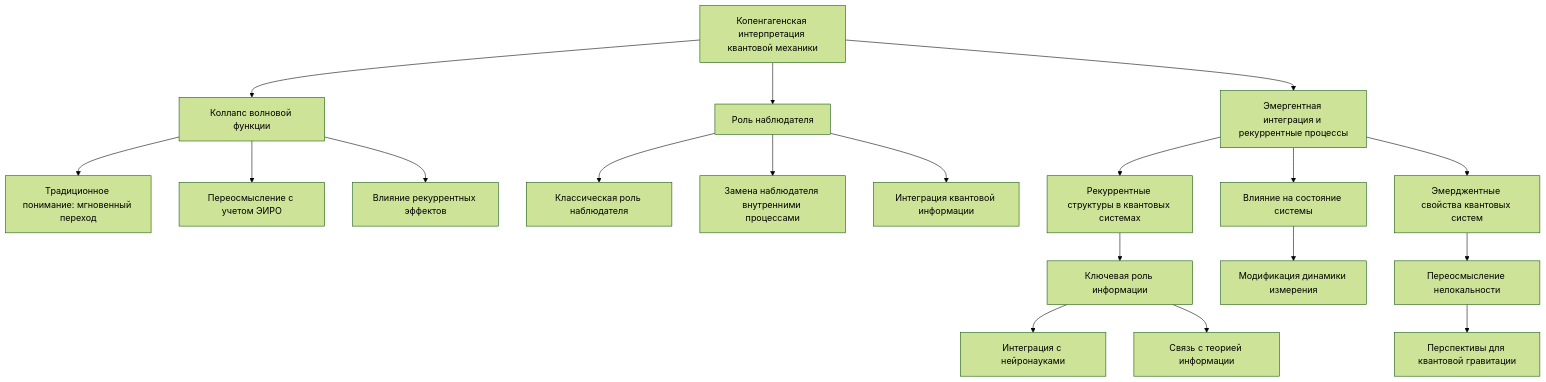
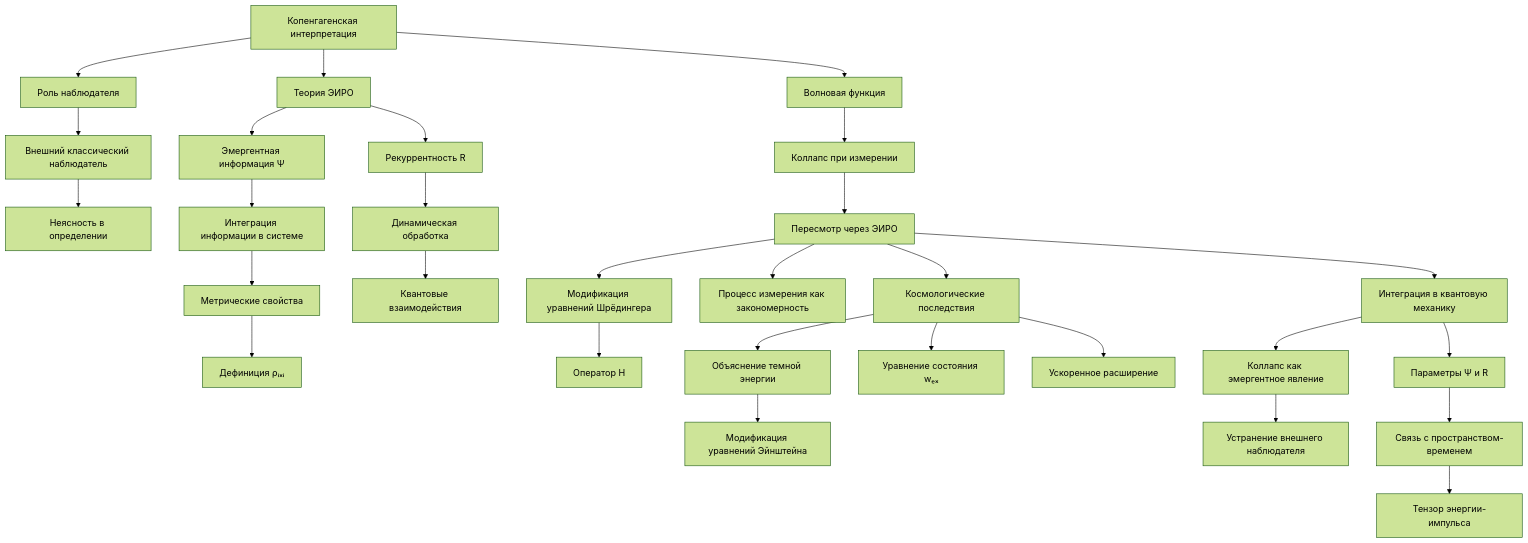
One commit to commeta/consciousness changed the diagram in The-Copenhagen-Interpretation-of-Quantum-Mechanics.md. Above: the diagram before and after it, drawn with Mermaid (forest theme). The commit also changed other lines of this file, not shown here.

````diff
--- a/The-Copenhagen-Interpretation-of-Quantum-Mechanics.md
+++ b/The-Copenhagen-Interpretation-of-Quantum-Mechanics.md
@@ -4,27 +3,36 @@
 ```mermaid
 graph TD
-    A[Копенгагенская интерпретация квантовой механики]
-    A --> B[Коллапс волновой функции]
-    A --> C[Роль наблюдателя]
-    A --> D[Эмергентная интеграция и рекуррентные процессы]
+    A[Копенгагенская интерпретация] --> B[Волновая функция]
+    B --> C[Коллапс при измерении]
+    A --> D[Роль наблюдателя]
+    D --> E[Внешний классический наблюдатель]
+    E --> F[Неясность в определении]
 
-    B --> B1[Традиционное понимание: мгновенный переход]
-    B --> B2[Переосмысление с учетом ЭИРО]
-    B --> B3[Влияние рекуррентных эффектов]
+    A --> G[Теория ЭИРО]
+    G --> H[Эмергентная информация Ψ]
+    G --> I[Рекуррентность R]
+    H --> J[Интеграция информации в системе]
+    I --> K[Динамическая обработка]
+    J --> L[Метрические свойства]
+    L --> M[Дефиниция ρᵢₓᵢ]
+    K --> N[Квантовые взаимодействия]
 
-    C --> C1[Классическая роль наблюдателя]
-    C --> C2[Замена наблюдателя внутренними процессами]
-    C --> C3[Интеграция квантовой информации]
+    C --> O[Пересмотр через ЭИРО]
+    O --> P[Модификация уравнений Шрёдингера]
+    P --> Q[Оператор H]
+    O --> R[Процесс измерения как закономерность]
 
-    D --> D1[Рекуррентные структуры в квантовых системах]
-    D --> D2[Влияние на состояние системы]
-    D --> D3[Эмерджентные свойства квантовых систем]
+    O --> S[Космологические последствия]
+    S --> T[Объяснение темной энергии]
+    T --> U[Модификация уравнений Эйнштейна]
+    S --> V[Уравнение состояния wₑₓ]
+    S --> W[Ускоренное расширение]
 
-    D1 --> E1[Ключевая роль информации]
-    D2 --> E2[Модификация динамики измерения]
-    D3 --> E3[Переосмысление нелокальности]
+    O --> X[Интеграция в квантовую механику]
+    X --> Y[Параметры Ψ и R]
+    X --> Z[Коллапс как эмергентное явление]
 
-    E1 --> F1[Интеграция с нейронауками]
-    E1 --> F2[Связь с теорией информации]
-    E3 --> F3[Перспективы для квантовой гравитации]
+    Z --> AA[Устранение внешнего наблюдателя]
+    Y --> AB[Связь с пространством-временем]
+    AB --> AC[Тензор энергии-импульса]
 ```
````
